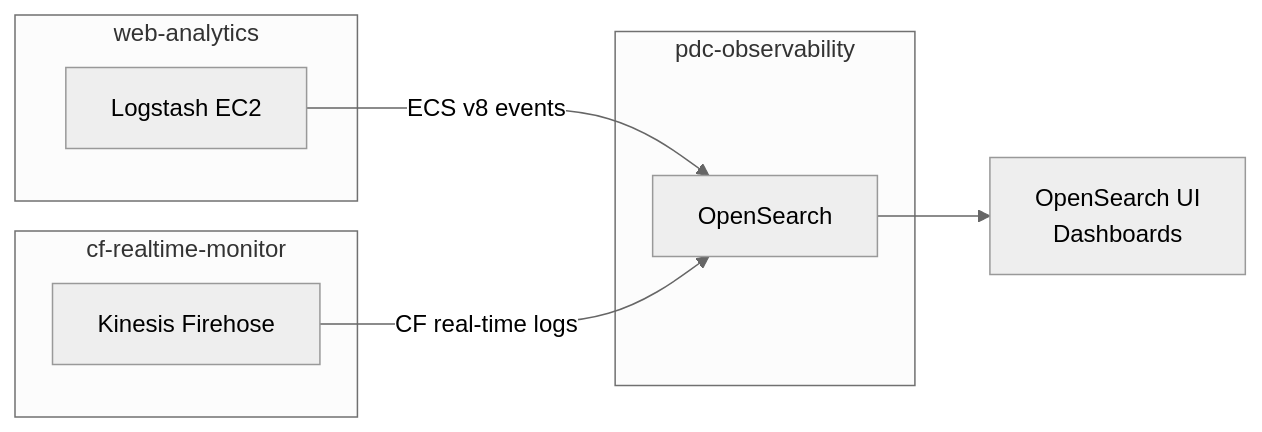
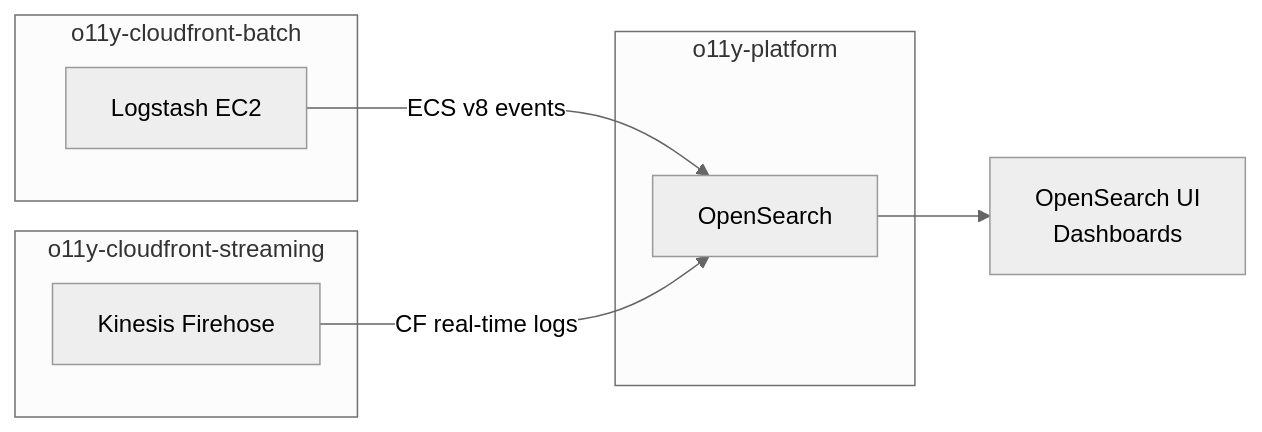
The diagram in README.md (NASA-PDS/o11y-platform), drawn with Mermaid (neutral theme) before and after one commit. The commit also changed other lines of this file and 10 other files, not shown here.

````diff
--- a/README.md
+++ b/README.md
@@ -7,20 +7,20 @@
 ```mermaid
 flowchart LR
-    subgraph wa["web-analytics"]
+    subgraph wa["o11y-cloudfront-batch"]
         LS["Logstash EC2"]
     end
 
-    subgraph obs["pdc-observability"]
+    subgraph obs["o11y-platform"]
         OS["OpenSearch"]
     end
 
-    subgraph cf["cf-realtime-monitor"]
+    subgraph cf["o11y-cloudfront-streaming"]
         FH["Kinesis Firehose"]
     end
 
     DASH["OpenSearch UI\nDashboards"]
 
     LS -->|"ECS v8 events"| OS
     FH -->|"CF real-time logs"| OS
     OS --> DASH
 ```
````
